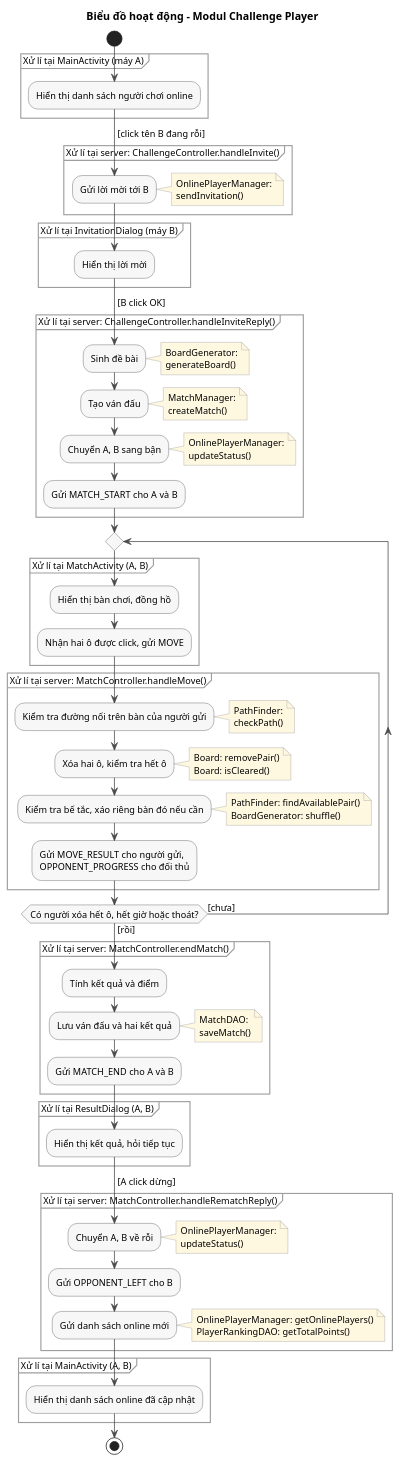
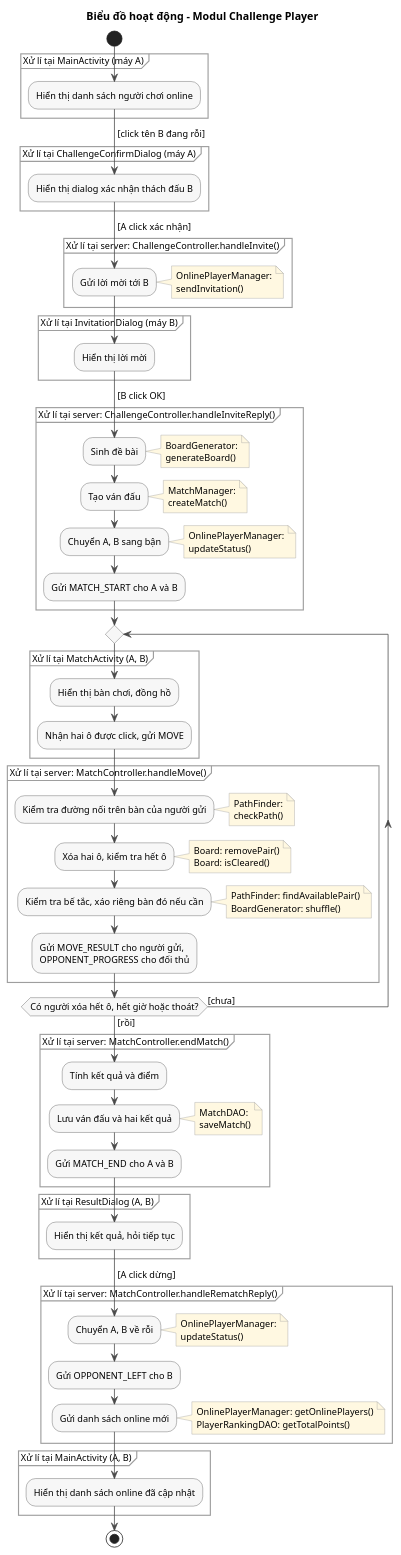
One commit to VattenL/mobile-pikachu changed the diagram in docs/uml/pha3/activity-m3.puml. Above: the diagram before and after it, drawn with PlantUML. The commit also changed 25 other files, not shown here.

First line of the commit message:
docs: apply team review on use cases and challenge flow

```diff
--- a/docs/uml/pha3/activity-m3.puml
+++ b/docs/uml/pha3/activity-m3.puml
@@ -1,77 +1,81 @@
 @startuml activity-m3
 title Biểu đồ hoạt động - Modul Challenge Player
 
 skinparam shadowing false
 skinparam defaultFontSize 12
 skinparam ArrowColor #4A4A4A
 skinparam activity {
   BackgroundColor #F7F7F7
   BorderColor #4A4A4A
 }
 skinparam partition {
   BorderColor #9E9E9E
 }
 skinparam note {
   BackgroundColor #FFF8E1
   BorderColor #9E9E9E
 }
 
 start
 partition "Xử lí tại MainActivity (máy A)" {
   :Hiển thị danh sách người chơi online;
 }
 ->[click tên B đang rỗi];
+partition "Xử lí tại ChallengeConfirmDialog (máy A)" {
+  :Hiển thị dialog xác nhận thách đấu B;
+}
+->[A click xác nhận];
 partition "Xử lí tại server: ChallengeController.handleInvite()" {
   :Gửi lời mời tới B;
   note right: OnlinePlayerManager:\nsendInvitation()
 }
 partition "Xử lí tại InvitationDialog (máy B)" {
   :Hiển thị lời mời;
 }
 ->[B click OK];
 partition "Xử lí tại server: ChallengeController.handleInviteReply()" {
   :Sinh đề bài;
   note right: BoardGenerator:\ngenerateBoard()
   :Tạo ván đấu;
   note right: MatchManager:\ncreateMatch()
   :Chuyển A, B sang bận;
   note right: OnlinePlayerManager:\nupdateStatus()
   :Gửi MATCH_START cho A và B;
 }
 repeat
   partition "Xử lí tại MatchActivity (A, B)" {
     :Hiển thị bàn chơi, đồng hồ;
     :Nhận hai ô được click, gửi MOVE;
   }
   partition "Xử lí tại server: MatchController.handleMove()" {
     :Kiểm tra đường nối trên bàn của người gửi;
     note right: PathFinder:\ncheckPath()
     :Xóa hai ô, kiểm tra hết ô;
     note right: Board: removePair()\nBoard: isCleared()
     :Kiểm tra bế tắc, xáo riêng bàn đó nếu cần;
     note right: PathFinder: findAvailablePair()\nBoardGenerator: shuffle()
     :Gửi MOVE_RESULT cho người gửi,\nOPPONENT_PROGRESS cho đối thủ;
   }
 repeat while (Có người xóa hết ô, hết giờ hoặc thoát?) is ([chưa]) not ([rồi])
 partition "Xử lí tại server: MatchController.endMatch()" {
   :Tính kết quả và điểm;
   :Lưu ván đấu và hai kết quả;
   note right: MatchDAO:\nsaveMatch()
   :Gửi MATCH_END cho A và B;
 }
 partition "Xử lí tại ResultDialog (A, B)" {
   :Hiển thị kết quả, hỏi tiếp tục;
 }
 ->[A click dừng];
 partition "Xử lí tại server: MatchController.handleRematchReply()" {
   :Chuyển A, B về rỗi;
   note right: OnlinePlayerManager:\nupdateStatus()
   :Gửi OPPONENT_LEFT cho B;
   :Gửi danh sách online mới;
   note right: OnlinePlayerManager: getOnlinePlayers()\nPlayerRankingDAO: getTotalPoints()
 }
 partition "Xử lí tại MainActivity (A, B)" {
   :Hiển thị danh sách online đã cập nhật;
 }
 stop
 @enduml
```
